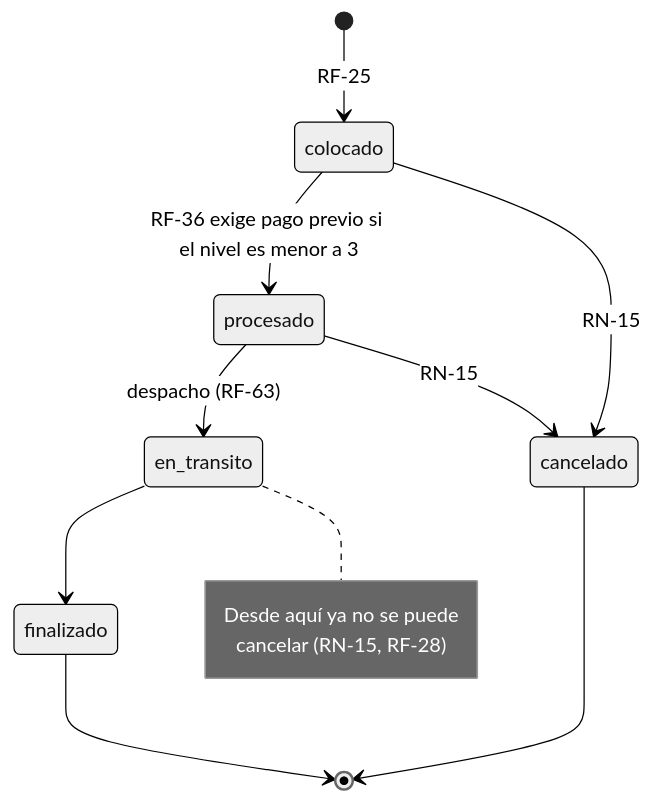
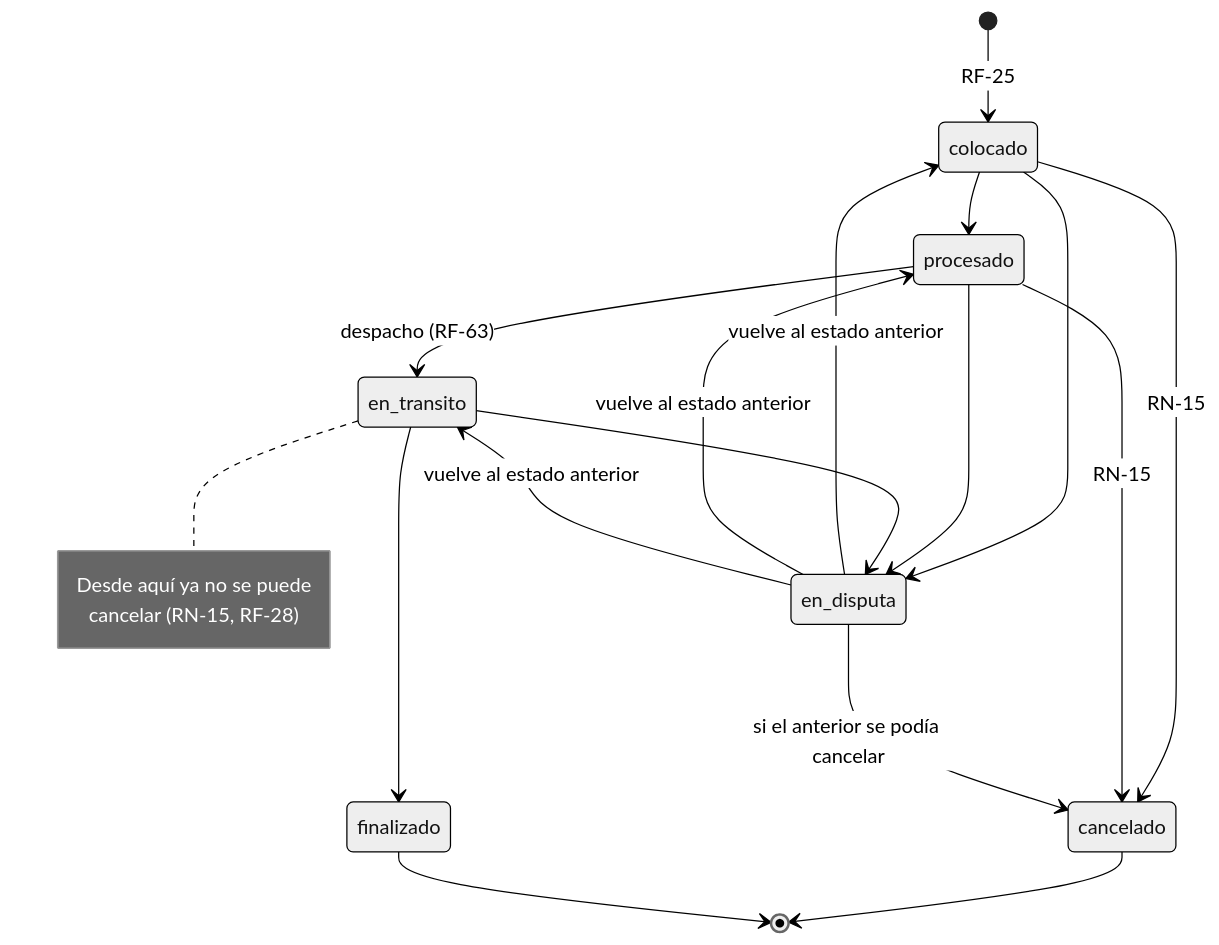
The fifth of 8 diagrams in documentos/diseño/arquitectura.md (juanselospi/21CoPilots_PIBasesIngesoft), drawn with Mermaid (neutral theme) before and after one commit. The commit also changed other lines of this file and 16 other files, not shown here.

````diff
--- a/documentos/diseño/arquitectura.md
+++ b/documentos/diseño/arquitectura.md
@@ -552,16 +556,23 @@
 ```mermaid
 stateDiagram-v2
     [*] --> colocado : RF-25
-    colocado --> procesado : RF-36 exige pago previo si el nivel es menor a 3
+    colocado --> procesado
     colocado --> cancelado : RN-15
     procesado --> en_transito : despacho (RF-63)
     procesado --> cancelado : RN-15
     en_transito --> finalizado
+    colocado --> en_disputa
+    procesado --> en_disputa
+    en_transito --> en_disputa
+    en_disputa --> colocado : vuelve al estado anterior
+    en_disputa --> procesado : vuelve al estado anterior
+    en_disputa --> en_transito : vuelve al estado anterior
+    en_disputa --> cancelado : si el anterior se podía cancelar
     cancelado --> [*]
     finalizado --> [*]
 
     note right of en_transito
         Desde aquí ya no se puede
         cancelar (RN-15, RF-28)
     end note
 ```
````
